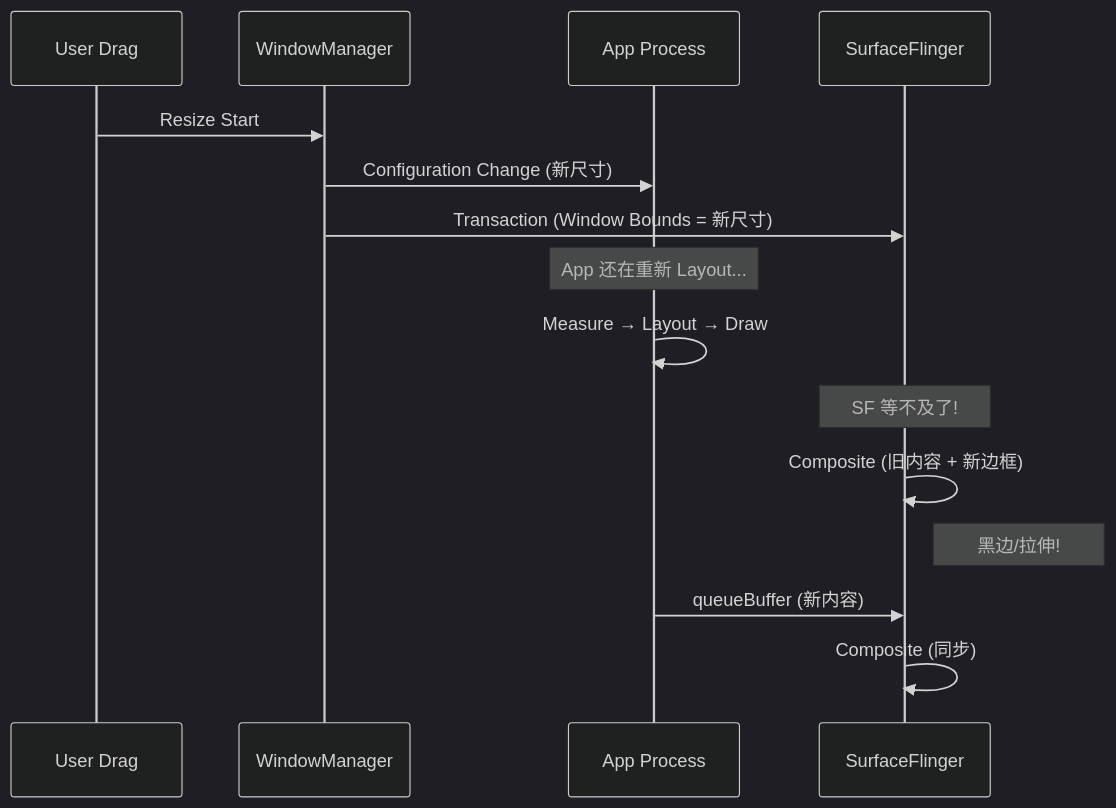
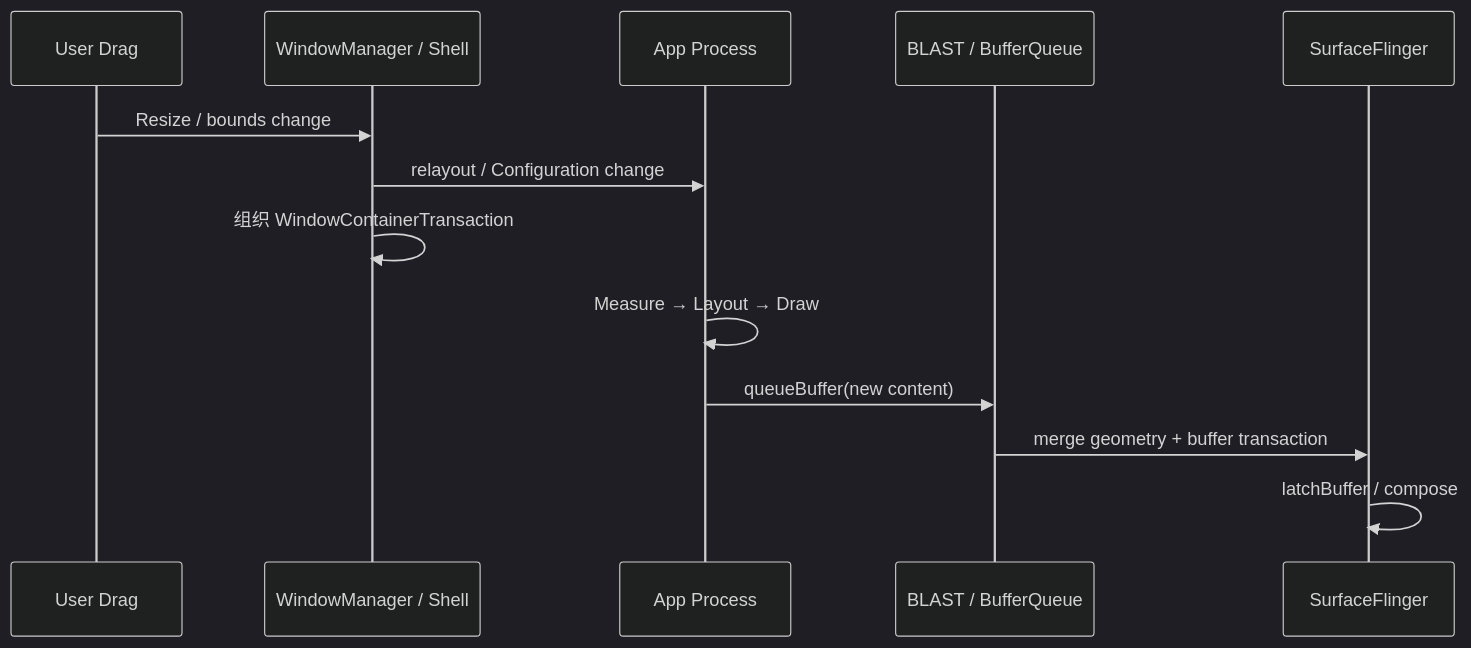
The second of 2 diagrams in src/part2-performance/ch18-rendering-pipelines/18-pip-freeform.md (Gracker/android-internals-wiki), drawn with Mermaid (dark theme) before and after one commit. The commit also changed other lines of this file and 2 other files, not shown here.

````diff
--- a/src/part2-performance/ch18-rendering-pipelines/18-pip-freeform.md
+++ b/src/part2-performance/ch18-rendering-pipelines/18-pip-freeform.md
@@ -88,21 +97,16 @@
 ```mermaid
 sequenceDiagram
     participant User as User Drag
-    participant WMS as WindowManager
+    participant WMS as WindowManager / Shell
     participant App as App Process
+    participant BLAST as BLAST / BufferQueue
     participant SF as SurfaceFlinger
 
-    User->>WMS: Resize Start
-    WMS->>App: Configuration Change (新尺寸)
-    WMS->>SF: Transaction (Window Bounds = 新尺寸)
-    
-    Note over App: App 还在重新 Layout...
+    User->>WMS: Resize / bounds change
+    WMS->>App: relayout / Configuration change
+    WMS->>WMS: 组织 WindowContainerTransaction
     App->>App: Measure → Layout → Draw
-    
-    Note over SF: SF 等不及了!
-    SF->>SF: Composite (旧内容 + 新边框)
-    Note right of SF: 黑边/拉伸!
-    
-    App->>SF: queueBuffer (新内容)
-    SF->>SF: Composite (同步)
+    App->>BLAST: queueBuffer(new content)
+    BLAST->>SF: merge geometry + buffer transaction
+    SF->>SF: latchBuffer / compose
 ```
````
